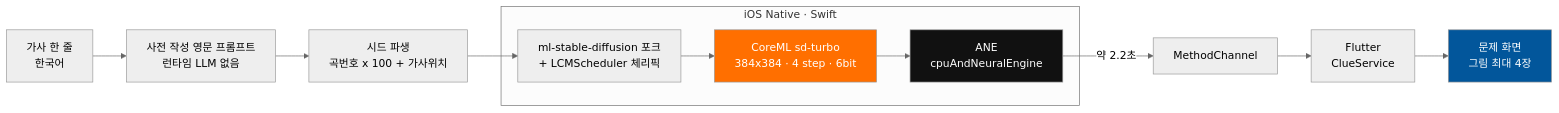
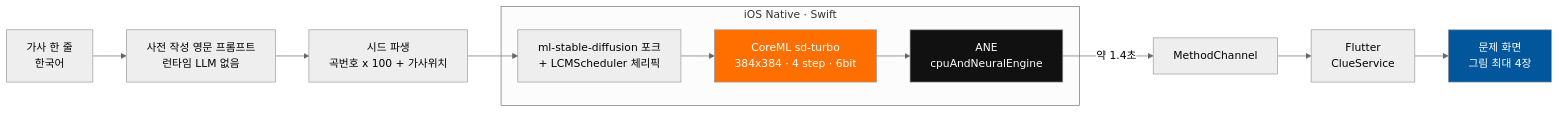
The first of 3 diagrams in README.md (jihojivenchy/picsong), drawn with Mermaid (neutral theme) before and after one commit. The commit also changed other lines of this file, not shown here.

````diff
--- a/README.md
+++ b/README.md
@@ -40,19 +40,19 @@
 ```mermaid
 flowchart LR
     A["가사 한 줄<br/>한국어"] --> B["사전 작성 영문 프롬프트<br/>런타임 LLM 없음"]
     B --> C["시드 파생<br/>곡번호 x 100 + 가사위치"]
 
     subgraph iOS ["iOS Native · Swift"]
         D["ml-stable-diffusion 포크<br/>+ LCMScheduler 체리픽"] --> E["CoreML sd-turbo<br/>384x384 · 4 step · 6bit"]
         E --> F["ANE<br/>cpuAndNeuralEngine"]
     end
 
     C --> D
-    F -->|"약 2.2초"| G["MethodChannel"]
+    F -->|"약 1.4초"| G["MethodChannel"]
     G --> H["Flutter<br/>ClueService"]
     H --> I["문제 화면<br/>그림 최대 4장"]
 
     style E fill:#FF6F00,color:#fff
     style F fill:#111111,color:#fff
     style I fill:#02569B,color:#fff
 ```
````
